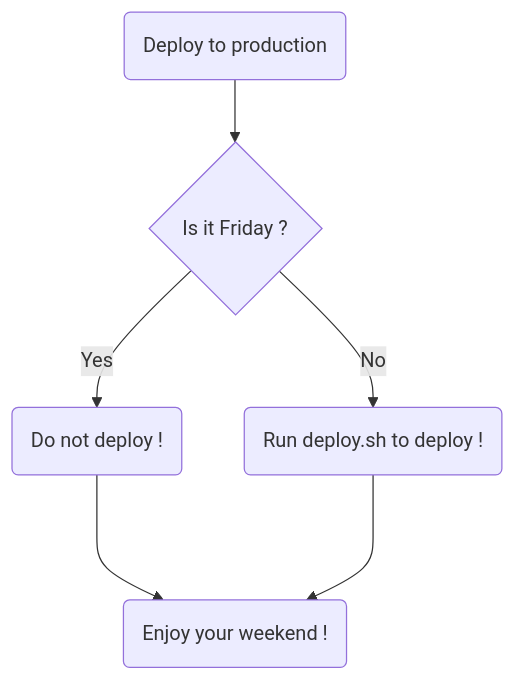
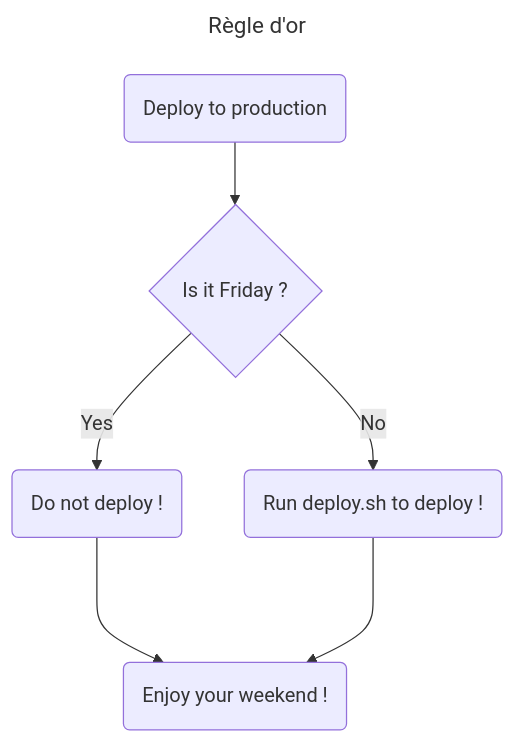
One commit to jcd717/test changed the diagram in README.md. Above: the diagram before and after it, drawn with Mermaid.

````diff
--- a/README.md
+++ b/README.md
@@ -3,8 +3,11 @@
 ```mermaid
+---
+title: Règle d'or
+---
 flowchart TD;
   A(Deploy to production) --> B{Is it Friday ?};
   B -- Yes --> C(Do not deploy !);
   B -- No --> D(Run deploy.sh to deploy !);
   C ---> E(Enjoy your weekend !);
   D ---> E;
 ```
````
